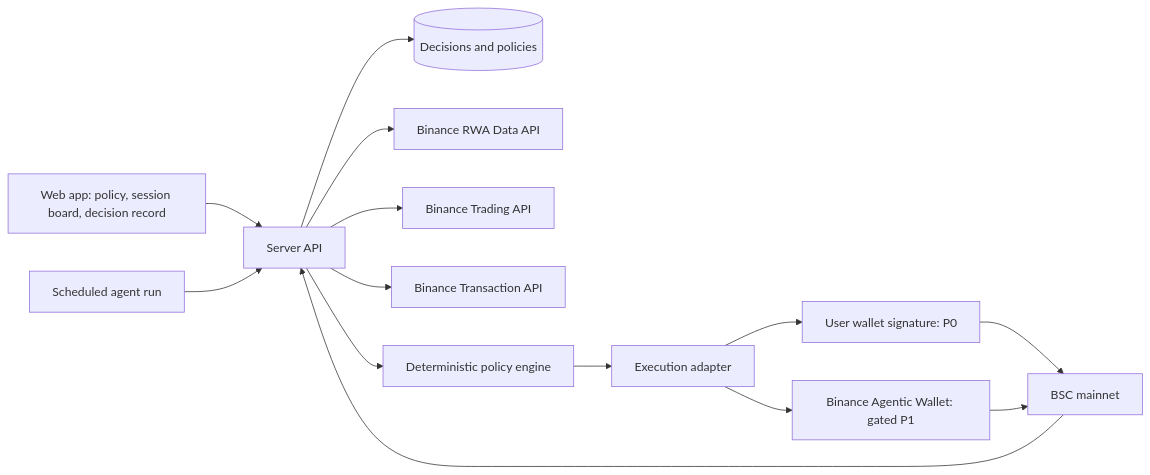
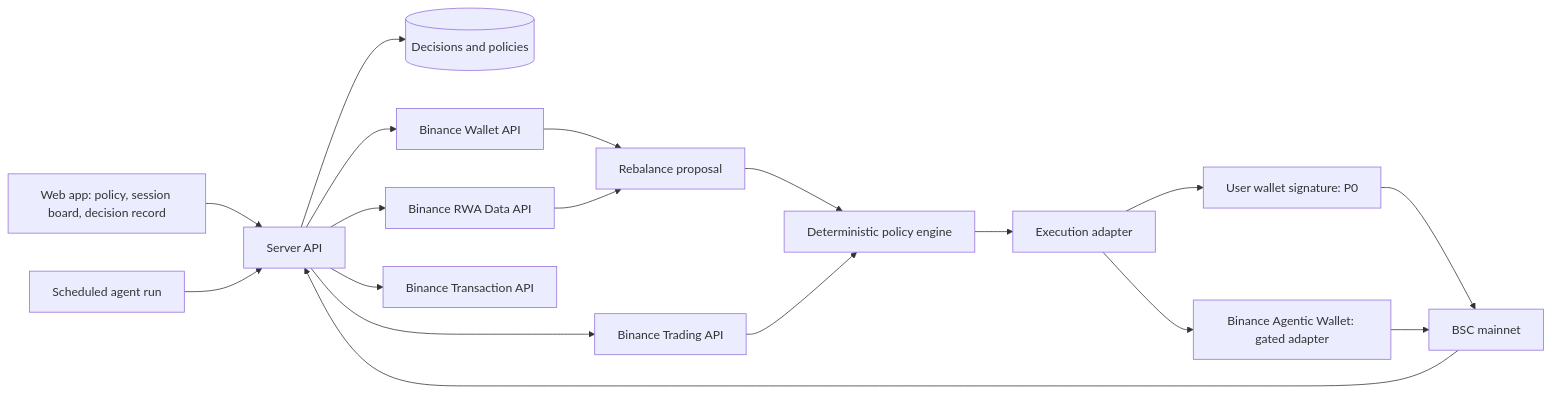
The diagram in docs/ARCHITECTURE.md (Adeyemir/bellproof), drawn with Mermaid before and after one commit. The commit also changed other lines of this file and 15 other files, not shown here.

Commit message:
Add policy-gated basket proposal and wallet balance preview

````diff
--- a/docs/ARCHITECTURE.md
+++ b/docs/ARCHITECTURE.md
@@ -9,16 +9,20 @@
 ```mermaid
 flowchart LR
   UI[Web app: policy, session board, decision record] --> API[Server API]
   API --> DB[(Decisions and policies)]
   API --> RWA[Binance RWA Data API]
+  API --> WALLET[Binance Wallet API]
   API --> QUOTE[Binance Trading API]
   API --> TX[Binance Transaction API]
   WORKER[Scheduled agent run] --> API
-  API --> POLICY[Deterministic policy engine]
+  WALLET --> PROPOSAL[Rebalance proposal]
+  RWA --> PROPOSAL
+  PROPOSAL --> POLICY[Deterministic policy engine]
+  QUOTE --> POLICY
   POLICY --> EXEC[Execution adapter]
   EXEC --> USER[User wallet signature: P0]
-  EXEC --> BAW[Binance Agentic Wallet: gated P1]
+  EXEC --> BAW[Binance Agentic Wallet: gated adapter]
   USER --> BSC[BSC mainnet]
   BAW --> BSC
   BSC --> API
 ```
````
